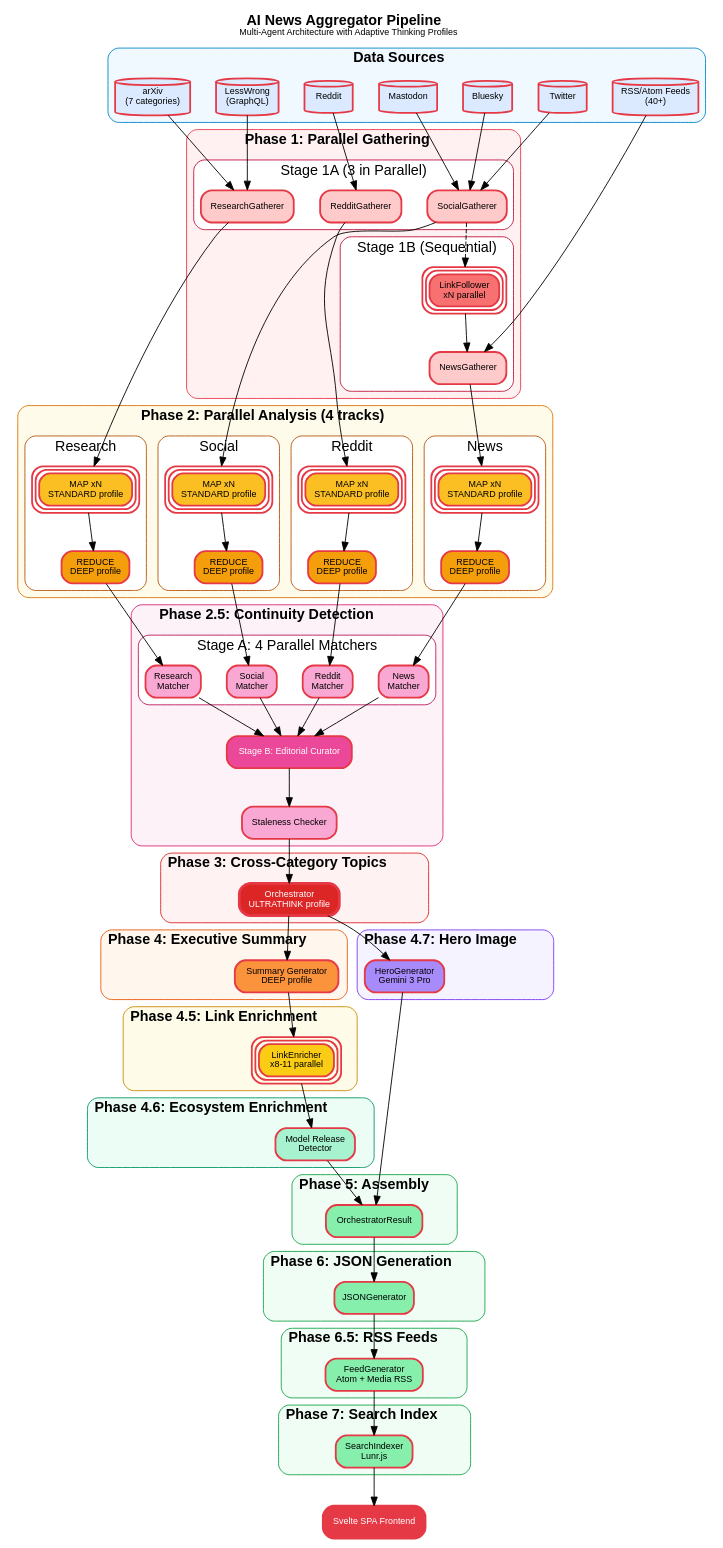
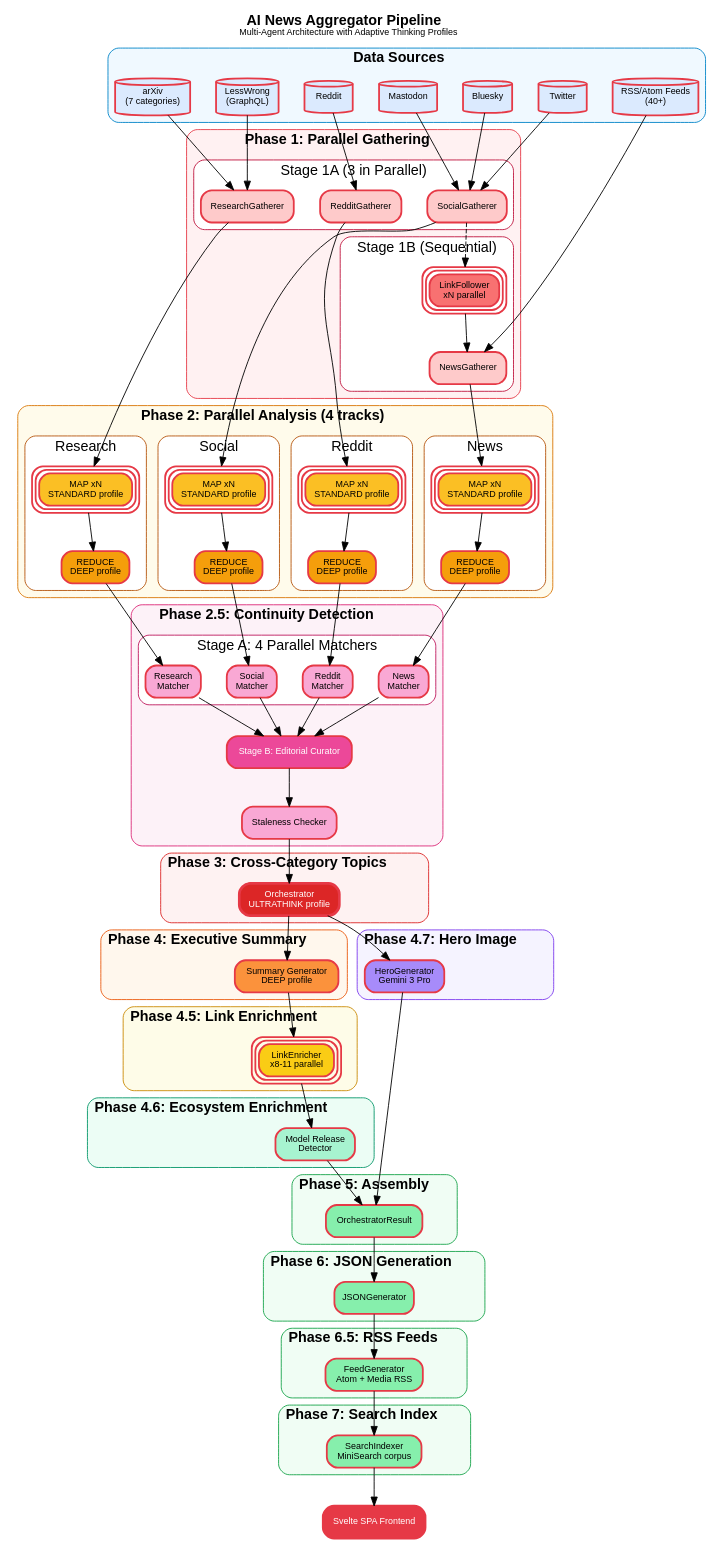
The diagram in assets/pipeline.dot (flyryan/ai-news-aggregator), drawn with Graphviz before and after one commit. The commit also changed 20 other files, not shown here.

First line of the commit message:
Replace Lunr LFS index with client-built MiniSearch corpus

```diff
--- a/assets/pipeline.dot
+++ b/assets/pipeline.dot
@@ -208,7 +208,7 @@
         fillcolor="#F0FDF4";
         color="#16A34A";
 
-        search_idx [label="SearchIndexer\nLunr.js", shape=box, fillcolor="#86EFAC"];
+        search_idx [label="SearchIndexer\nMiniSearch corpus", shape=box, fillcolor="#86EFAC"];
     }
 
     // FRONTEND
```
